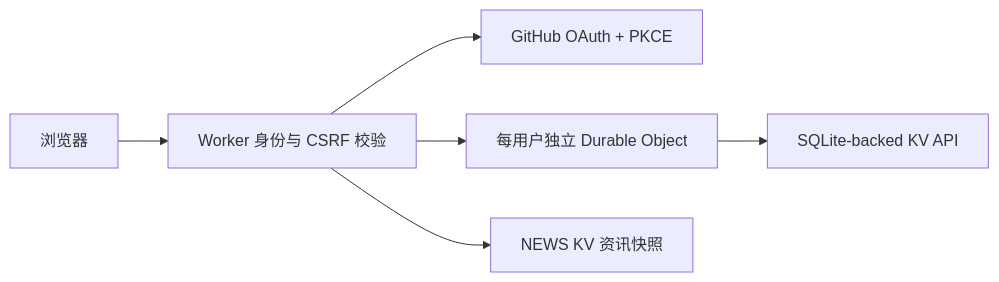
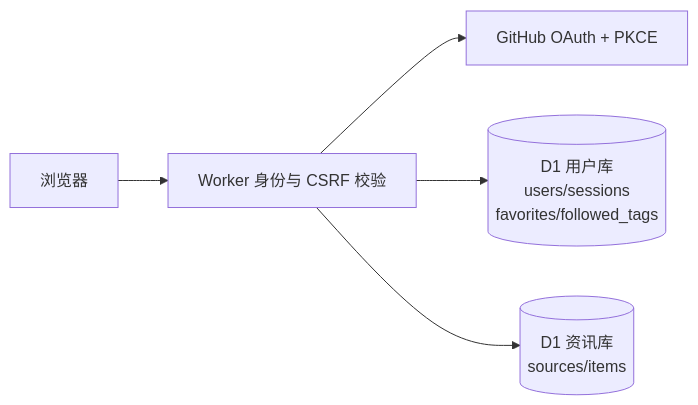
One commit to 2432448868/AI-News changed the diagram in docs/accounts/README.md. Above: the diagram before and after it, drawn with Mermaid. The commit also changed other lines of this file and 5 other files, not shown here.

First line of the commit message:
feat: gate cloud favorites and followed tags behind login

````diff
--- a/docs/accounts/README.md
+++ b/docs/accounts/README.md
@@ -8,8 +8,7 @@
-~~~mermaid
+```mermaid
 flowchart LR
   A[浏览器] --> B[Worker 身份与 CSRF 校验]
   B --> C[GitHub OAuth + PKCE]
-  B --> D[每用户独立 Durable Object]
-  D --> E[SQLite-backed KV API]
-  B --> F[NEWS KV 资讯快照]
-~~~
+  B --> D[(D1 用户库<br/>users/sessions<br/>favorites/followed_tags)]
+  B --> E[(D1 资讯库<br/>sources/items)]
+```
````
